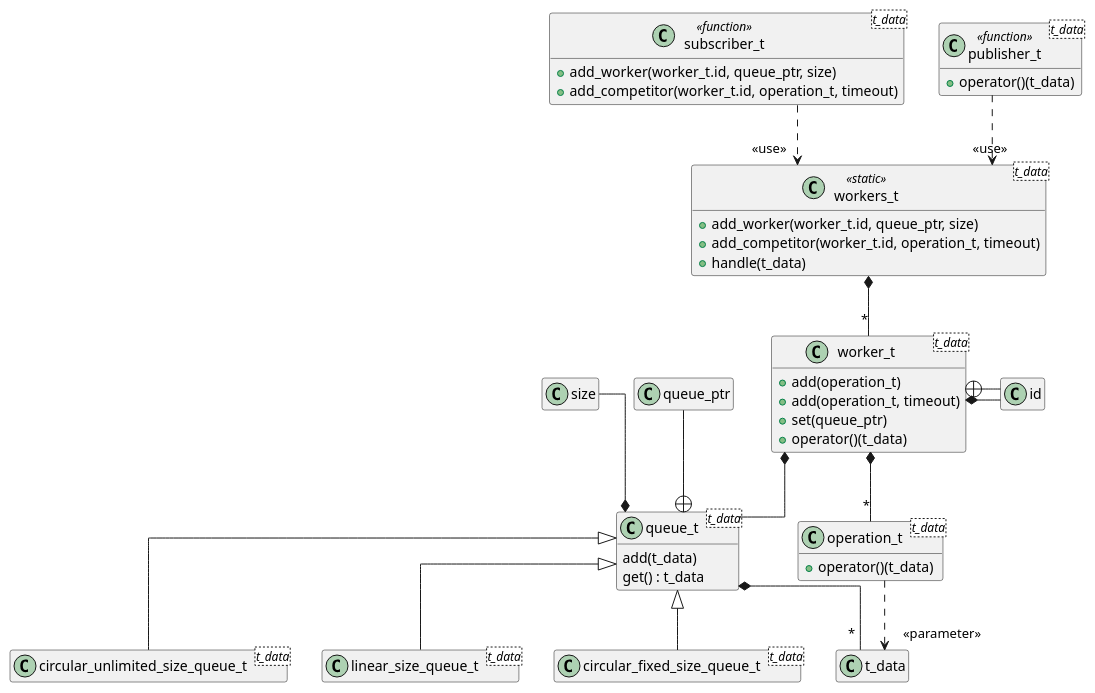
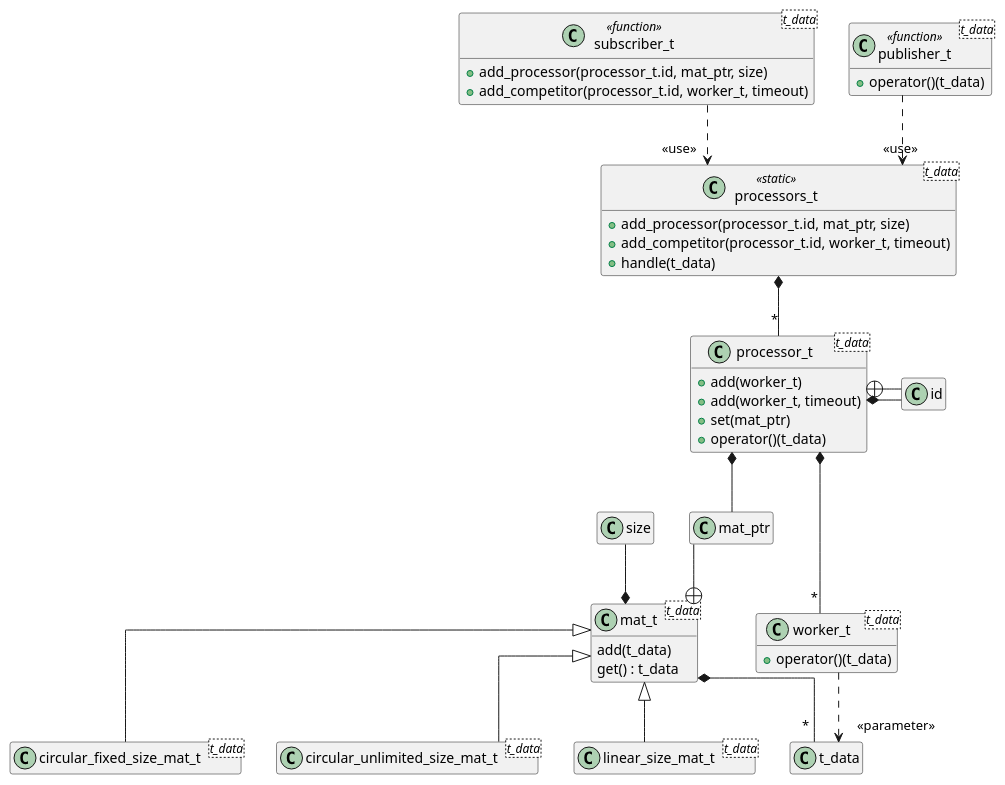
The diagram in doc/projects/concurrent/classes_concrete.wsd (rodrigocanellas/tenacitas), drawn with PlantUML before and after one commit. The commit also changed 13 other files, not shown here.

```diff
--- a/doc/projects/concurrent/classes_concrete.wsd
+++ b/doc/projects/concurrent/classes_concrete.wsd
@@ -1,72 +1,72 @@
 @startuml
 
 hide empty members
-skinparam workersInheritance 2
+skinparam processorsInheritance 2
 skinparam linetype ortho
 
 
-class queue_t<t_data> {    
+class mat_t<t_data> {    
     add(t_data)
     get() : t_data
 }
 
-class queue_ptr
+class mat_ptr
 
-class circular_fixed_size_queue_t<t_data>
-class circular_unlimited_size_queue_t<t_data>
-class linear_size_queue_t<t_data>
+class circular_fixed_size_mat_t<t_data>
+class circular_unlimited_size_mat_t<t_data>
+class linear_size_mat_t<t_data>
 
 class size
 
-class operation_t<t_data> {
+class worker_t<t_data> {
     + operator()(t_data) 
 }
 
 class id
 
 
-class worker_t<t_data> {
-    + add(operation_t)
-    + add(operation_t, timeout)
-    + set(queue_ptr)
+class processor_t<t_data> {
+    + add(worker_t)
+    + add(worker_t, timeout)
+    + set(mat_ptr)
     + operator()(t_data)    
 }
 
-class workers_t <t_data> <<static>> {
-    + add_worker(worker_t.id, queue_ptr, size)
-    + add_competitor(worker_t.id, operation_t, timeout)
+class processors_t <t_data> <<static>> {
+    + add_processor(processor_t.id, mat_ptr, size)
+    + add_competitor(processor_t.id, worker_t, timeout)
     + handle(t_data)
 }
 
 class subscriber_t  <t_data>  <<function>> {
-    + add_worker(worker_t.id, queue_ptr, size)
-    + add_competitor(worker_t.id, operation_t, timeout)
+    + add_processor(processor_t.id, mat_ptr, size)
+    + add_competitor(processor_t.id, worker_t, timeout)
 }
 
 class publisher_t  <t_data> <<function>> {
     + operator()(t_data)
 }
 
-queue_t +-up- queue_ptr
-queue_t <|-- circular_fixed_size_queue_t
-queue_t <|-- circular_unlimited_size_queue_t
-queue_t <|-- linear_size_queue_t
+mat_t +-up- mat_ptr
+mat_t <|-- circular_fixed_size_mat_t
+mat_t <|-- circular_unlimited_size_mat_t
+mat_t <|-- linear_size_mat_t
 
 
-worker_t +-- id
-worker_t *-right- id
+processor_t +-- id
+processor_t *-right- id
 
-queue_t *-up- size
-queue_t *-- "*" t_data
-operation_t ..> "<<parameter>>" t_data
-worker_t *-- queue_t
-worker_t *-- "*" operation_t
+mat_t *-up- size
+mat_t *-- "*" t_data
+worker_t ..> "<<parameter>>" t_data
+processor_t *-- mat_ptr
+processor_t *-- "*" worker_t
 
-workers_t *-- "*" worker_t
+processors_t *-- "*" processor_t
 
-subscriber_t ..> "<<use>>" workers_t
-publisher_t ..> "<<use>>" workers_t
+subscriber_t ..> "<<use>>" processors_t
+publisher_t ..> "<<use>>" processors_t
 
 
 
 @enduml
```
